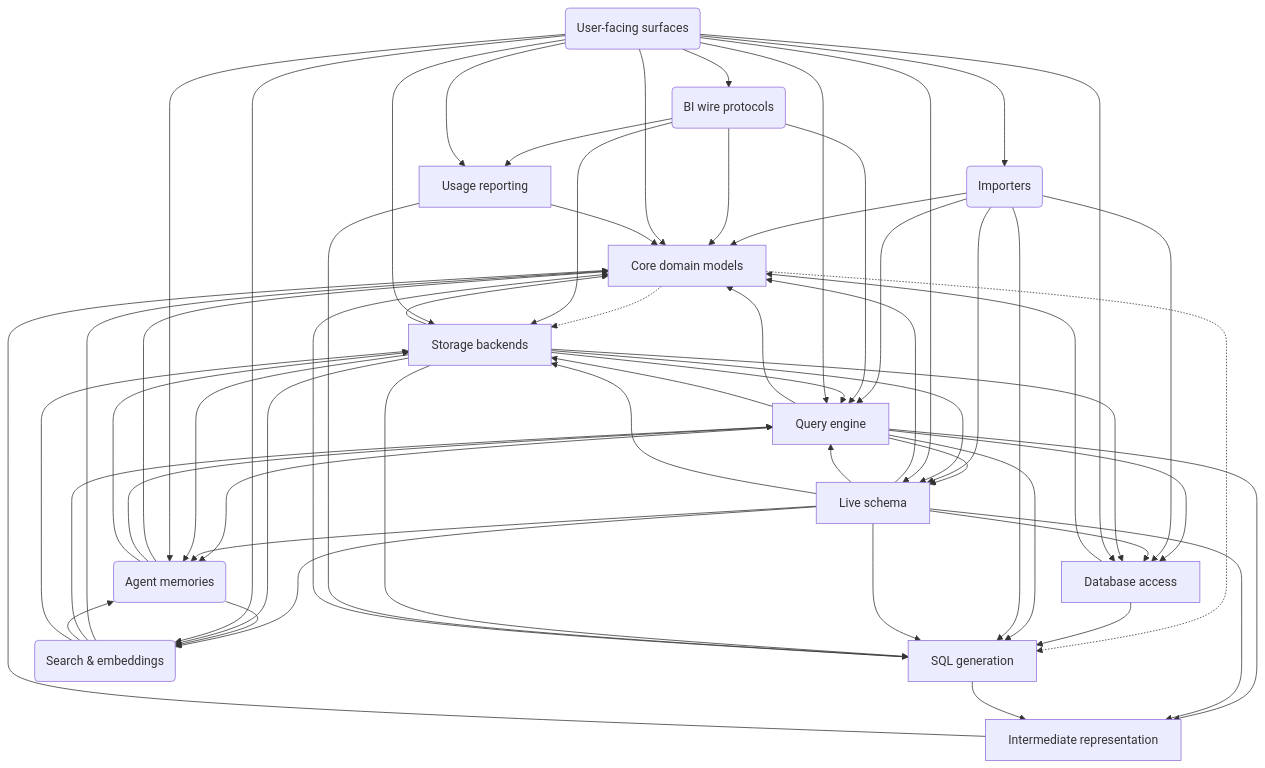
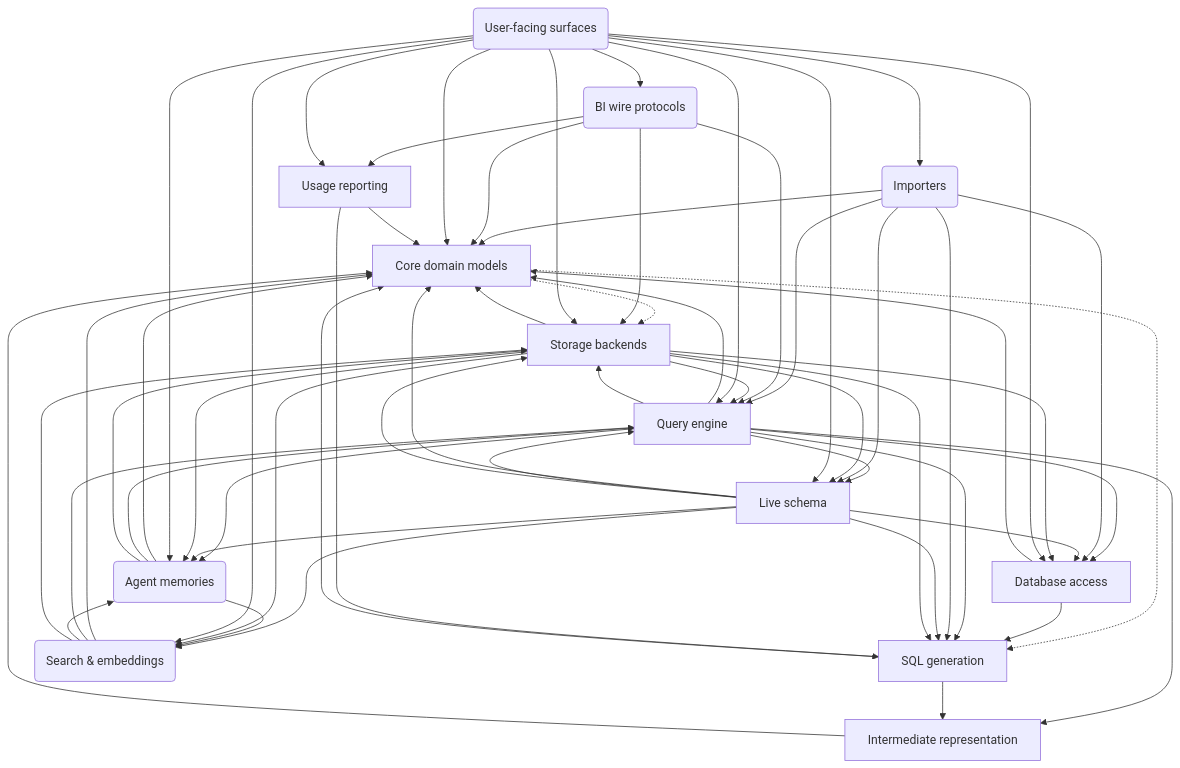
One commit to MotleyAI/slayer changed the diagram in architecture/system.arc42.md. Above: the diagram before and after it, drawn with Mermaid. The commit also changed 4 other files, not shown here.

Commit message:
Architecture: live_schema no longer imports ir; decision 18 names the sibling host's fields; tick tasks 6.1-6.5

````diff
--- a/architecture/system.arc42.md
+++ b/architecture/system.arc42.md
@@ -17,75 +17,74 @@
 ```mermaid
 flowchart TD
   %% landscape: SLayer landscape
   core["Core domain models"]
   sql["SQL generation"]
   engine["Query engine"]
   database["Database access"]
   live_schema["Live schema"]
   ir["Intermediate representation"]
   storage["Storage backends"]
   importers("Importers")
   search("Search & embeddings")
   memories("Agent memories")
   protocols("BI wire protocols")
   usage_reporting["Usage reporting"]
   surfaces("User-facing surfaces")
   core -.-> sql
   core -.-> storage
   engine --> core
   database --> core
   database --> sql
   engine --> database
   engine --> live_schema
   engine --> ir
   engine --> memories
   engine --> sql
   engine --> storage
   importers --> core
   importers --> database
   importers --> live_schema
   importers --> engine
   importers --> sql
   ir --> core
   live_schema --> core
   live_schema --> database
   live_schema --> engine
-  live_schema --> ir
   live_schema --> memories
   live_schema --> search
   live_schema --> sql
   live_schema --> storage
   memories --> core
   memories --> engine
   memories --> search
   memories --> storage
   protocols --> core
   protocols --> engine
   protocols --> storage
   search --> core
   search --> engine
   search --> memories
   search --> storage
   sql --> core
   sql --> ir
   storage --> core
   storage --> database
   storage --> engine
   storage --> live_schema
   storage --> memories
   storage --> search
   storage --> sql
   surfaces --> core
   surfaces --> database
   surfaces --> engine
   surfaces --> importers
   surfaces --> live_schema
   surfaces --> memories
   surfaces --> protocols
   surfaces --> search
   surfaces --> storage
   protocols --> usage_reporting
   surfaces --> usage_reporting
   usage_reporting --> core
   usage_reporting --> sql
 ```
````
